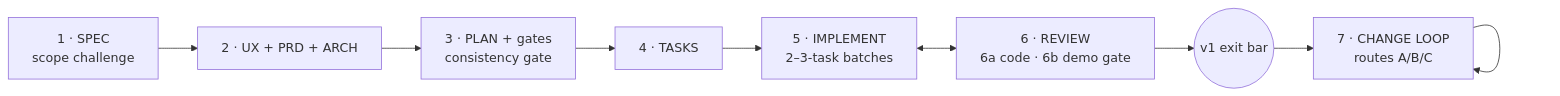
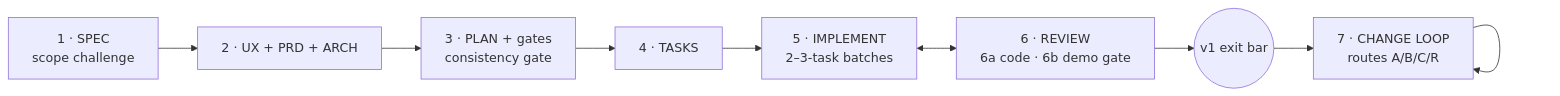
Before and after one commit to nabidam/brana: the diagram in README.md, drawn with Mermaid. The commit also changed other lines of this file and 6 other files, not shown here.

````diff
--- a/README.md
+++ b/README.md
@@ -13,11 +13,11 @@
 ```mermaid
 flowchart LR
     P1["1 · SPEC<br/>scope challenge"] --> P2["2 · UX + PRD + ARCH"]
     P2 --> P3["3 · PLAN + gates<br/>consistency gate"]
     P3 --> P4["4 · TASKS"]
     P4 --> P5["5 · IMPLEMENT<br/>2–3-task batches"]
     P5 <--> P6["6 · REVIEW<br/>6a code · 6b demo gate"]
     P6 --> V1((v1 exit bar))
-    V1 --> P7["7 · CHANGE LOOP<br/>routes A/B/C"]
+    V1 --> P7["7 · CHANGE LOOP<br/>routes A/B/C/R"]
     P7 --> P7
 ```
````
